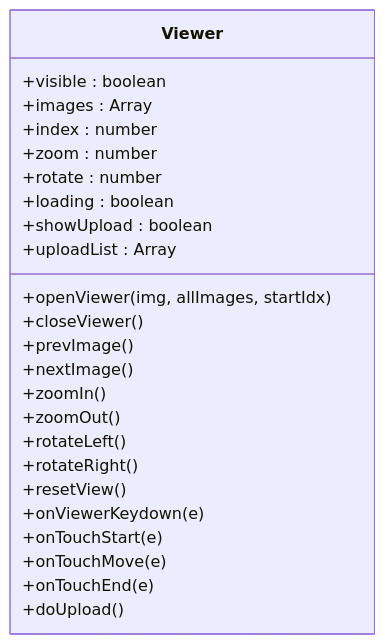
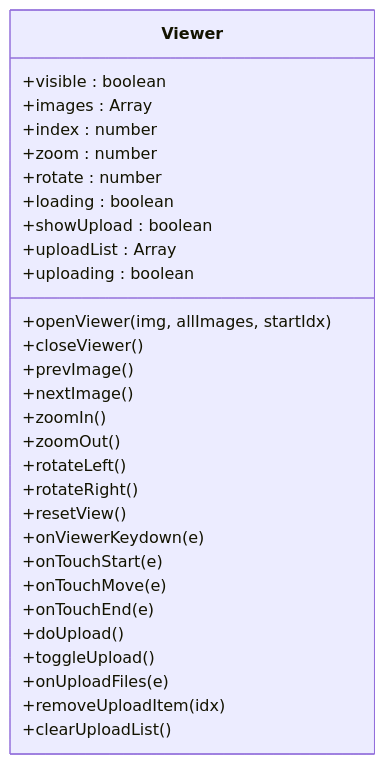
Before and after one commit to onebody/homework: the seventh of 8 diagrams in .qoder/repowiki/zh/content/暑假作业打卡系统/前端应用设计/管理后台应用.md, drawn with Mermaid. The commit also changed other lines of this file and 15 other files, not shown here.

````diff
--- a/.qoder/repowiki/zh/content/暑假作业打卡系统/前端应用设计/管理后台应用.md
+++ b/.qoder/repowiki/zh/content/暑假作业打卡系统/前端应用设计/管理后台应用.md
@@ -281,27 +339,32 @@
 ```mermaid
 classDiagram
 class Viewer {
 +visible : boolean
 +images : Array
 +index : number
 +zoom : number
 +rotate : number
 +loading : boolean
 +showUpload : boolean
 +uploadList : Array
++uploading : boolean
 +openViewer(img, allImages, startIdx)
 +closeViewer()
 +prevImage()
 +nextImage()
 +zoomIn()
 +zoomOut()
 +rotateLeft()
 +rotateRight()
 +resetView()
 +onViewerKeydown(e)
 +onTouchStart(e)
 +onTouchMove(e)
 +onTouchEnd(e)
 +doUpload()
++toggleUpload()
++onUploadFiles(e)
++removeUploadItem(idx)
++clearUploadList()
 }
 ```
````
